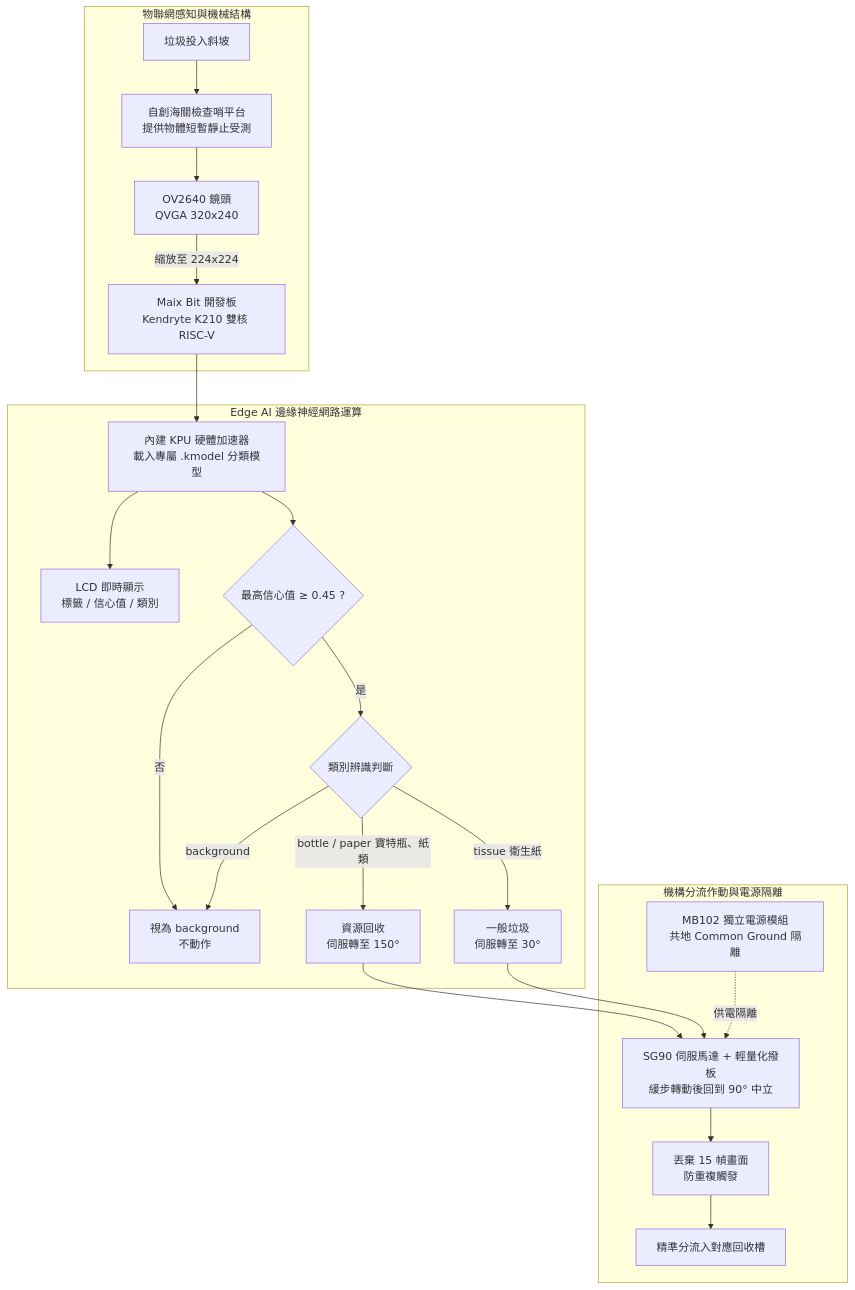
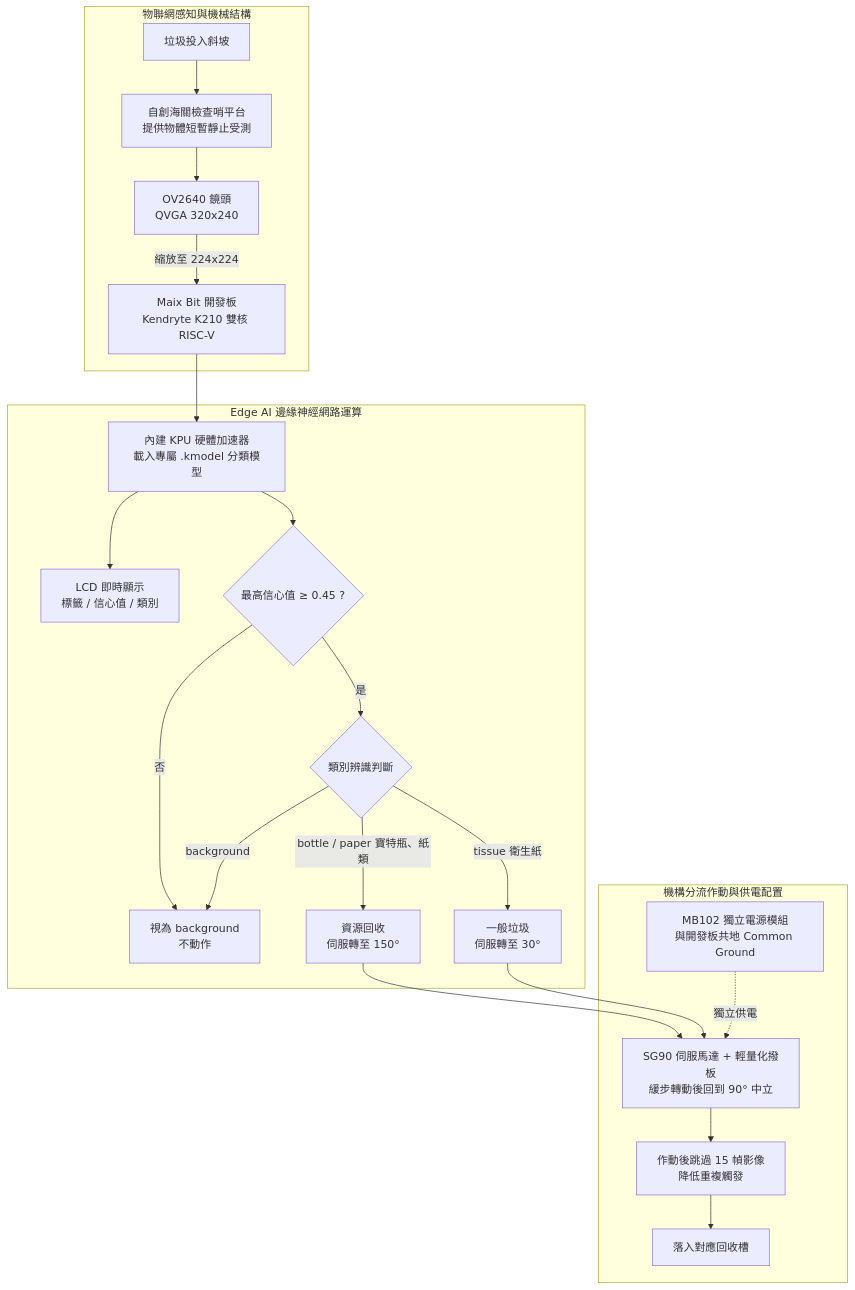
One commit to peiying004/recycle changed the diagram in docs/PORTFOLIO.md. Above: the diagram before and after it, drawn with Mermaid. The commit also changed other lines of this file and 1 other file, not shown here.

````diff
--- a/docs/PORTFOLIO.md
+++ b/docs/PORTFOLIO.md
@@ -16,27 +16,27 @@
 ```mermaid
 flowchart TD
     subgraph S1["物聯網感知與機械結構"]
         In[垃圾投入斜坡] --> Station[自創海關檢查哨平台<br>提供物體短暫靜止受測]
         Station --> Cam[OV2640 鏡頭<br>QVGA 320x240]
         Cam -->|縮放至 224x224| Board[Maix Bit 開發板<br>Kendryte K210 雙核 RISC-V]
     end
 
     subgraph S2["Edge AI 邊緣神經網路運算"]
         Board --> KPU[內建 KPU 硬體加速器<br>載入專屬 .kmodel 分類模型]
         KPU --> LCD[LCD 即時顯示<br>標籤 / 信心值 / 類別]
         KPU --> Th{最高信心值 ≥ 0.45 ?}
         Th -->|否| BG[視為 background<br>不動作]
         Th -->|是| Judge{類別辨識判斷}
         Judge -->|background| BG
         Judge -->|bottle / paper 寶特瓶、紙類| Rec[資源回收<br>伺服轉至 150°]
         Judge -->|tissue 衛生紙| Gen[一般垃圾<br>伺服轉至 30°]
     end
 
-    subgraph S3["機構分流作動與電源隔離"]
+    subgraph S3["機構分流作動與供電配置"]
         Rec --> Motor[SG90 伺服馬達 + 輕量化撥板<br>緩步轉動後回到 90° 中立]
         Gen --> Motor
-        Power[MB102 獨立電源模組<br>共地 Common Ground 隔離] -.->|供電隔離| Motor
-        Motor --> Flush[丟棄 15 幀畫面<br>防重複觸發]
-        Flush --> Bin[精準分流入對應回收槽]
+        Power[MB102 獨立電源模組<br>與開發板共地 Common Ground] -.->|獨立供電| Motor
+        Motor --> Flush[作動後跳過 15 幀影像<br>降低重複觸發]
+        Flush --> Bin[落入對應回收槽]
     end
 ```
````
